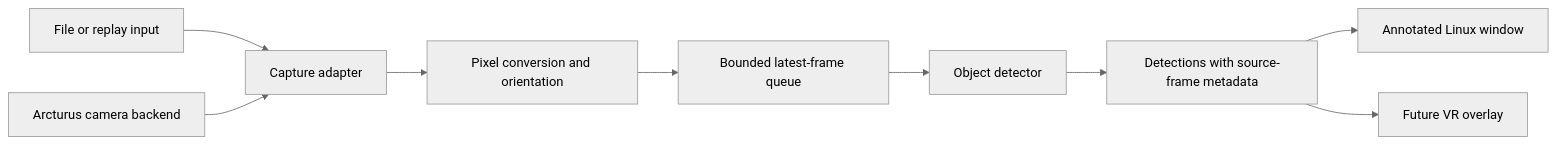
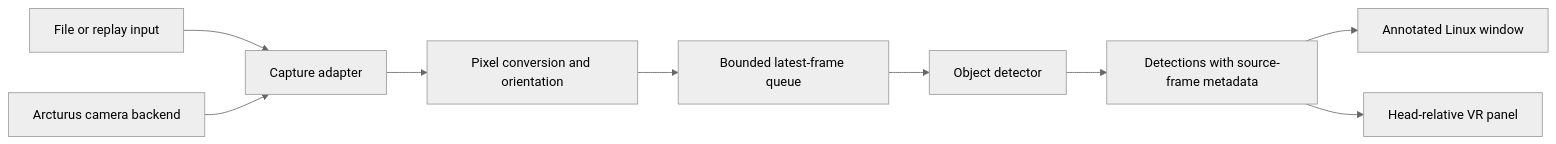
The diagram in docs/architecture.md (moral-kombat/SightCircuit), drawn with Mermaid (neutral theme) before and after one commit. The commit also changed other lines of this file and 5 other files, not shown here.

````diff
--- a/docs/architecture.md
+++ b/docs/architecture.md
@@ -19,11 +18,11 @@
 ```mermaid
 flowchart LR
     Replay[File or replay input] --> Capture[Capture adapter]
     Camera[Arcturus camera backend] --> Capture
     Capture --> Normalize[Pixel conversion and orientation]
     Normalize --> Queue[Bounded latest-frame queue]
     Queue --> Detect[Object detector]
     Detect --> Results[Detections with source-frame metadata]
     Results --> Window[Annotated Linux window]
-    Results --> Overlay[Future VR overlay]
+    Results --> Overlay[Head-relative VR panel]
 ```
````
